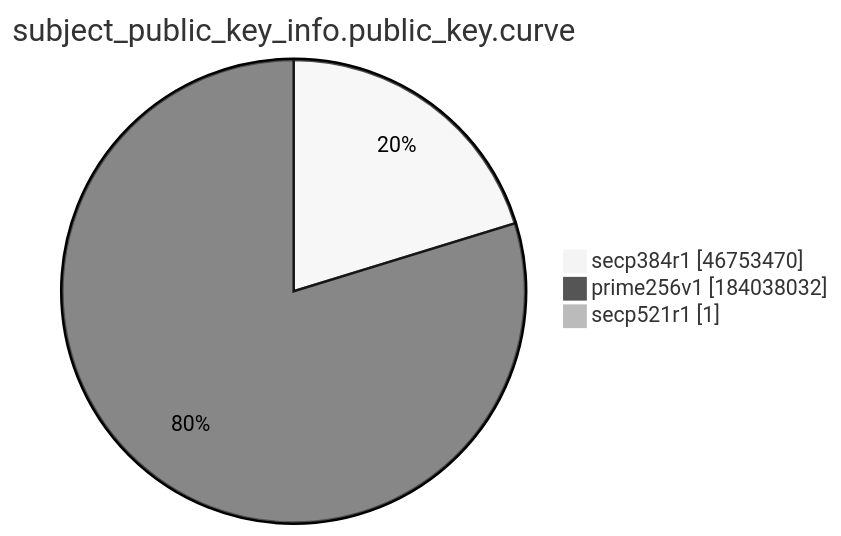
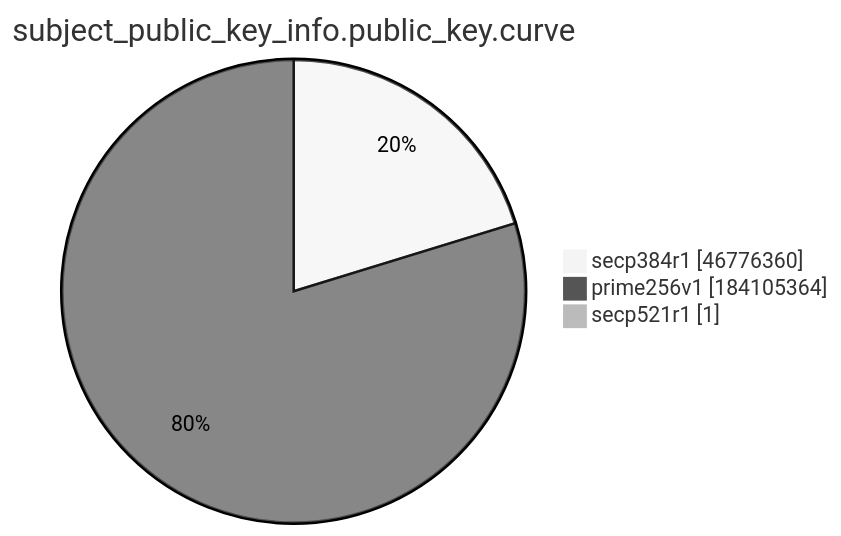
One commit to christiankrug/ctmonitor_visualization changed the ninth of 15 diagrams in xenon2022/README.md. Above: the diagram before and after it, drawn with Mermaid (neutral theme). The commit also changed other lines of this file, not shown here.

````diff
--- a/xenon2022/README.md
+++ b/xenon2022/README.md
@@ -2874,7 +2874,7 @@
 ```mermaid
 pie showData
 title subject_public_key_info.public_key.curve
-"secp384r1" :46753470
-"prime256v1" :184038032
+"secp384r1" :46776360
+"prime256v1" :184105364
 "secp521r1" :1
 ```
````
